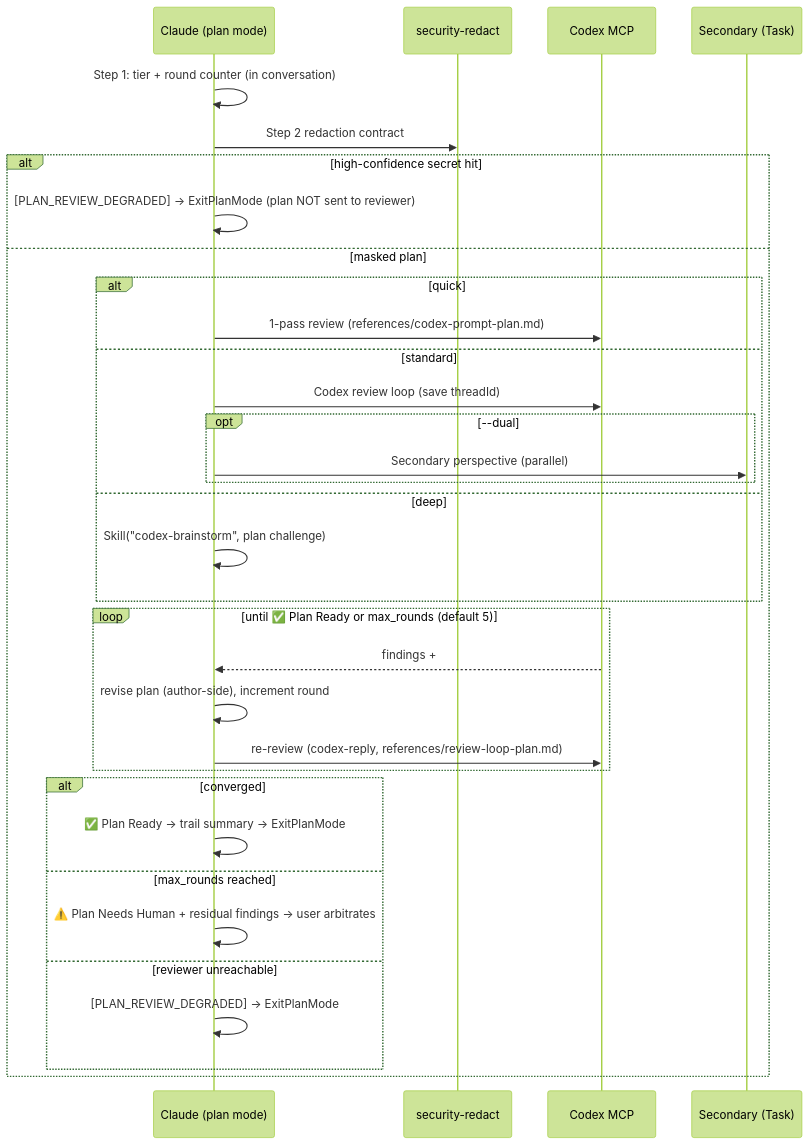
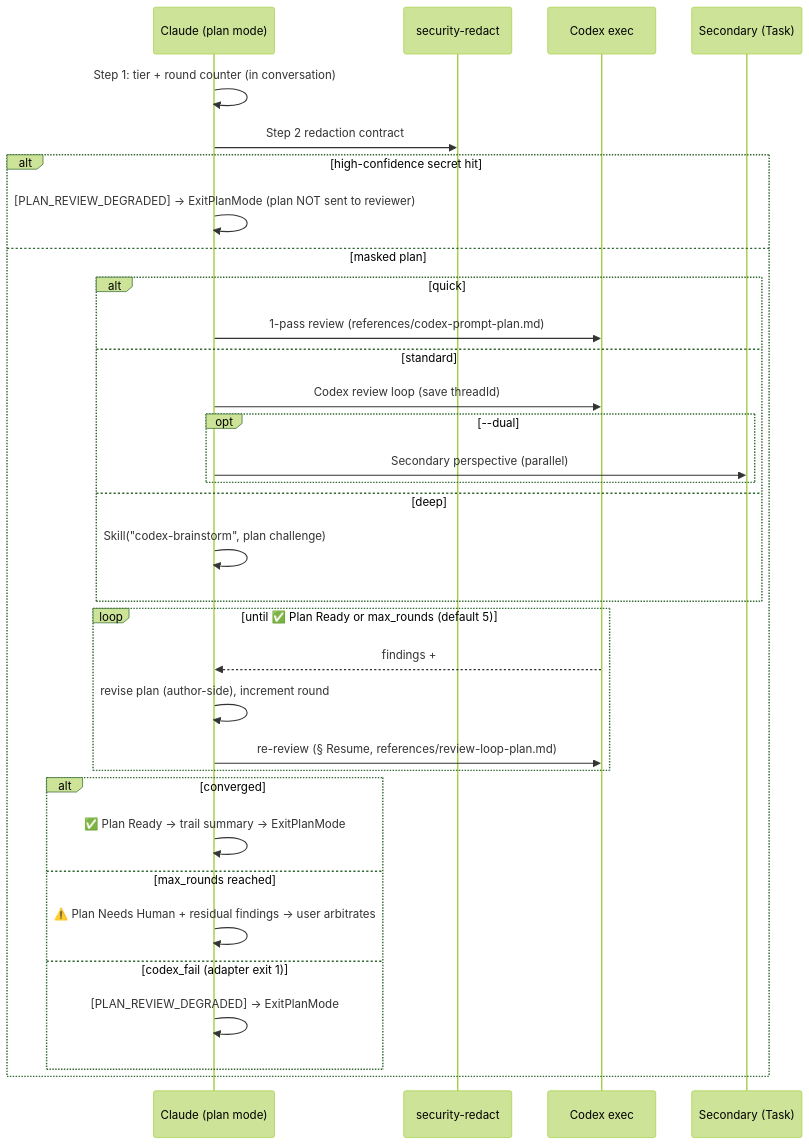
The diagram in skills/plan-review/SKILL.md (sd0xdev/sd0x-dev-flow), drawn with Mermaid (forest theme) before and after one commit. The commit also changed other lines of this file and 13 other files, not shown here.

First line of the commit message:
feat(codex-code-review): Switch review, doc-review and plan-review to codex exec (1/2)

````diff
--- a/skills/plan-review/SKILL.md
+++ b/skills/plan-review/SKILL.md
@@ -45,36 +45,36 @@
 ```mermaid
 sequenceDiagram
     participant C as Claude (plan mode)
     participant RD as security-redact
-    participant CX as Codex MCP
+    participant CX as Codex exec
     participant SA as Secondary (Task)
 
     C->>C: Step 1: tier + round counter (in conversation)
     C->>RD: Step 2 redaction contract
     alt high-confidence secret hit
         C->>C: [PLAN_REVIEW_DEGRADED] → ExitPlanMode (plan NOT sent to reviewer)
     else masked plan
         alt quick
             C->>CX: 1-pass review (references/codex-prompt-plan.md)
         else standard
             C->>CX: Codex review loop (save threadId)
             opt --dual
                 C->>SA: Secondary perspective (parallel)
             end
         else deep
             C->>C: Skill("codex-brainstorm", plan challenge)
         end
         loop until ✅ Plan Ready or max_rounds (default 5)
             CX-->>C: findings + ## Plan Review sentinel
             C->>C: revise plan (author-side), increment round
-            C->>CX: re-review (codex-reply, references/review-loop-plan.md)
+            C->>CX: re-review (§ Resume, references/review-loop-plan.md)
         end
         alt converged
             C->>C: ✅ Plan Ready → trail summary → ExitPlanMode
         else max_rounds reached
             C->>C: ⚠️ Plan Needs Human + residual findings → user arbitrates
-        else reviewer unreachable
+        else codex_fail (adapter exit 1)
             C->>C: [PLAN_REVIEW_DEGRADED] → ExitPlanMode
         end
     end
 ```
````
